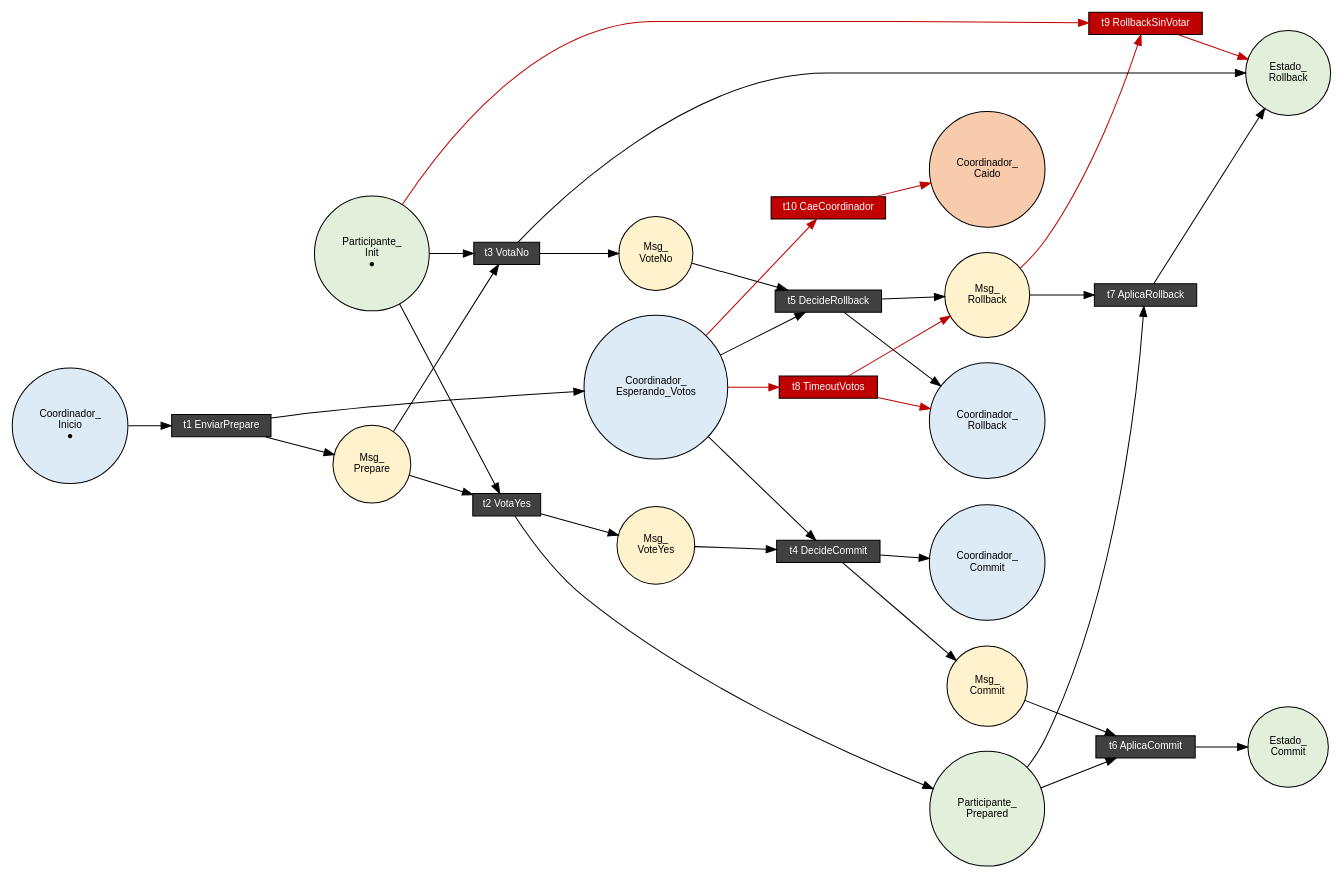
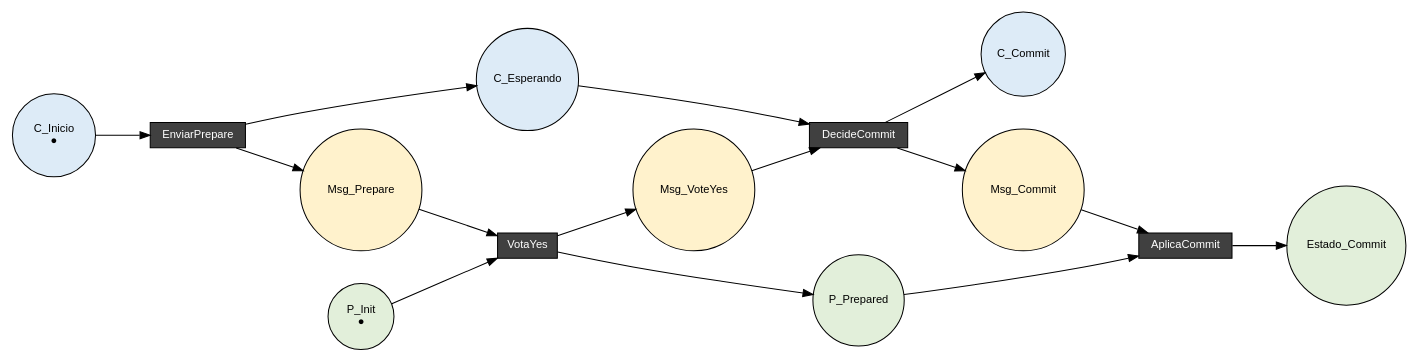
The diagram in diagrama_petri_2pc.dot (MaximoGiovanettoni/tp2-concurrentes-grupo1), drawn with Graphviz before and after one commit. The commit also changed 1 other file, not shown here.

Commit message:
Actualiza el diagrama de Petri al camino feliz del editor.
Deja la red 2PC con labels cortos del Módulo 11 y el PNG recortado para el informe.

```diff
--- a/diagrama_petri_2pc.dot
+++ b/diagrama_petri_2pc.dot
@@ -1,37 +1,26 @@
 digraph G {
-  rankdir=LR; nodesep=0.35; ranksep=0.6; fontname="Helvetica";
-  node [fontname="Helvetica", fontsize=10];
+  rankdir=LR; nodesep=0.45; ranksep=0.75; fontname="Helvetica";
+  node [fontname="Helvetica", fontsize=11];
   edge [fontsize=9];
-  // Lugares
-  node [shape=circle, style=filled, fillcolor="#FFFFFF", width=0.5, fixedsize=false];
-  CI [label="Coordinador_\nInicio\n●", fillcolor="#DDEBF7"];
-  CE [label="Coordinador_\nEsperando_Votos", fillcolor="#DDEBF7"];
-  CC [label="Coordinador_\nCommit", fillcolor="#DDEBF7"];
-  CR [label="Coordinador_\nRollback", fillcolor="#DDEBF7"];
-  CX [label="Coordinador_\nCaido", fillcolor="#F8CBAD"];
-  PI [label="Participante_\nInit\n●", fillcolor="#E2EFDA"];
-  PP [label="Participante_\nPrepared", fillcolor="#E2EFDA"];
-  EC [label="Estado_\nCommit", fillcolor="#E2EFDA"];
-  ER [label="Estado_\nRollback", fillcolor="#E2EFDA"];
-  node [fillcolor="#FFF2CC", width=0.3];
-  MP [label="Msg_\nPrepare"]; MY [label="Msg_\nVoteYes"]; MN [label="Msg_\nVoteNo"]; MC [label="Msg_\nCommit"]; MR [label="Msg_\nRollback"];
-  // Transiciones
-  node [shape=box, style=filled, fillcolor="#404040", fontcolor="white", height=0.3];
-  t1 [label="t1 EnviarPrepare"]; t2 [label="t2 VotaYes"]; t3 [label="t3 VotaNo"];
-  t4 [label="t4 DecideCommit"]; t5 [label="t5 DecideRollback"];
-  t6 [label="t6 AplicaCommit"]; t7 [label="t7 AplicaRollback"];
-  node [fillcolor="#C00000"];
-  t8 [label="t8 TimeoutVotos"]; t9 [label="t9 RollbackSinVotar"]; t10 [label="t10 CaeCoordinador"];
-  // Arcos
+
+  node [shape=circle, style=filled, fillcolor="#FFFFFF", width=0.55];
+  CI [label="C_Inicio\n●", fillcolor="#DDEBF7"];
+  CE [label="C_Esperando", fillcolor="#DDEBF7"];
+  CC [label="C_Commit", fillcolor="#DDEBF7"];
+  PI [label="P_Init\n●", fillcolor="#E2EFDA"];
+  PP [label="P_Prepared", fillcolor="#E2EFDA"];
+  EC [label="Estado_Commit", fillcolor="#E2EFDA"];
+  node [fillcolor="#FFF2CC", width=0.4];
+  MP [label="Msg_Prepare"]; MY [label="Msg_VoteYes"]; MC [label="Msg_Commit"];
+
+  node [shape=box, style=filled, fillcolor="#404040", fontcolor="white", height=0.35];
+  t1 [label="EnviarPrepare"];
+  t2 [label="VotaYes"];
+  t4 [label="DecideCommit"];
+  t6 [label="AplicaCommit"];
+
   CI->t1; t1->CE; t1->MP;
   PI->t2; MP->t2; t2->PP; t2->MY;
-  PI->t3; MP->t3; t3->ER; t3->MN;
   CE->t4; MY->t4; t4->CC; t4->MC;
-  CE->t5; MN->t5; t5->CR; t5->MR;
   PP->t6; MC->t6; t6->EC;
-  PP->t7; MR->t7; t7->ER;
-  edge [color="#C00000"];
-  CE->t8; t8->CR; t8->MR;
-  PI->t9; MR->t9; t9->ER;
-  CE->t10; t10->CX;
 }
```
